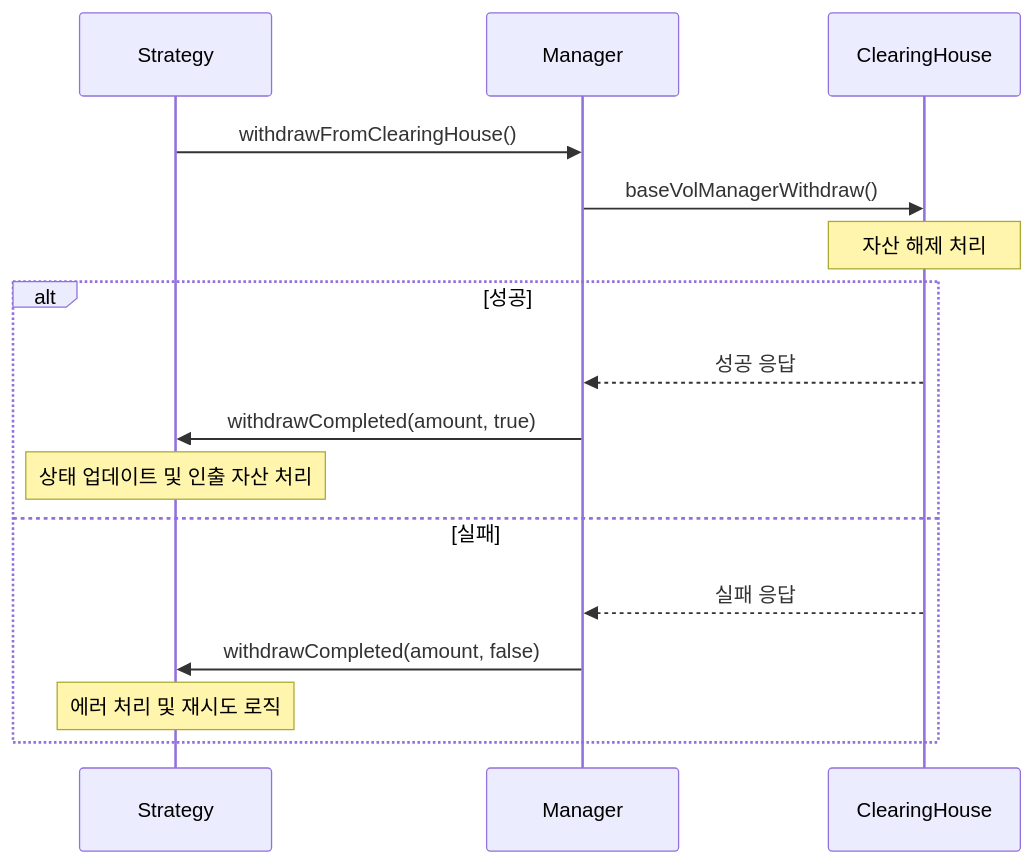
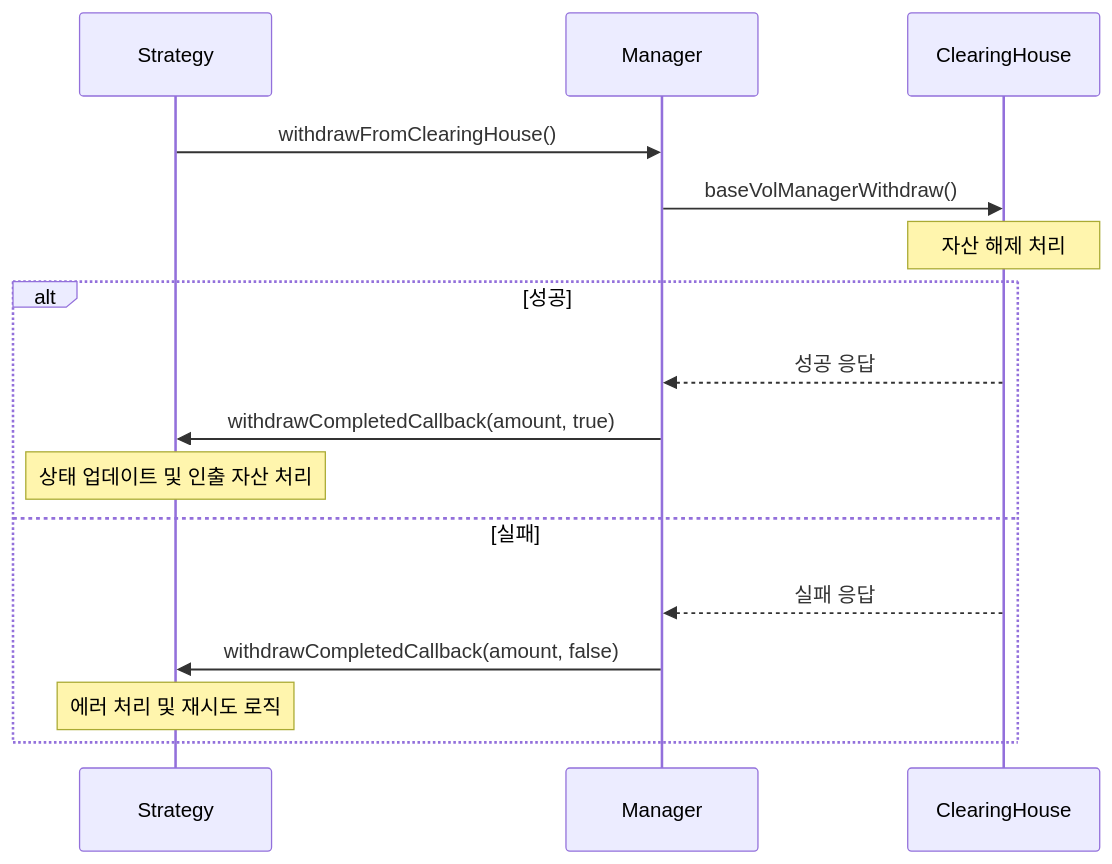
The eighth of 8 diagrams in contracts/core/vault/genesisvault.md (stvol-official/basevol-contract), drawn with Mermaid before and after one commit. The commit also changed other lines of this file and 26 other files, not shown here.

````diff
--- a/contracts/core/vault/genesisvault.md
+++ b/contracts/core/vault/genesisvault.md
@@ -476,20 +441,20 @@
 ```mermaid
 sequenceDiagram
     participant Strategy
     participant Manager
     participant ClearingHouse
 
     Strategy->>Manager: withdrawFromClearingHouse()
     Manager->>ClearingHouse: baseVolManagerWithdraw()
     Note over ClearingHouse: 자산 해제 처리
 
     alt 성공
         ClearingHouse-->>Manager: 성공 응답
-        Manager->>Strategy: withdrawCompleted(amount, true)
+        Manager->>Strategy: withdrawCompletedCallback(amount, true)
         Note over Strategy: 상태 업데이트 및 인출 자산 처리
     else 실패
         ClearingHouse-->>Manager: 실패 응답
-        Manager->>Strategy: withdrawCompleted(amount, false)
+        Manager->>Strategy: withdrawCompletedCallback(amount, false)
         Note over Strategy: 에러 처리 및 재시도 로직
     end
 ```
````
